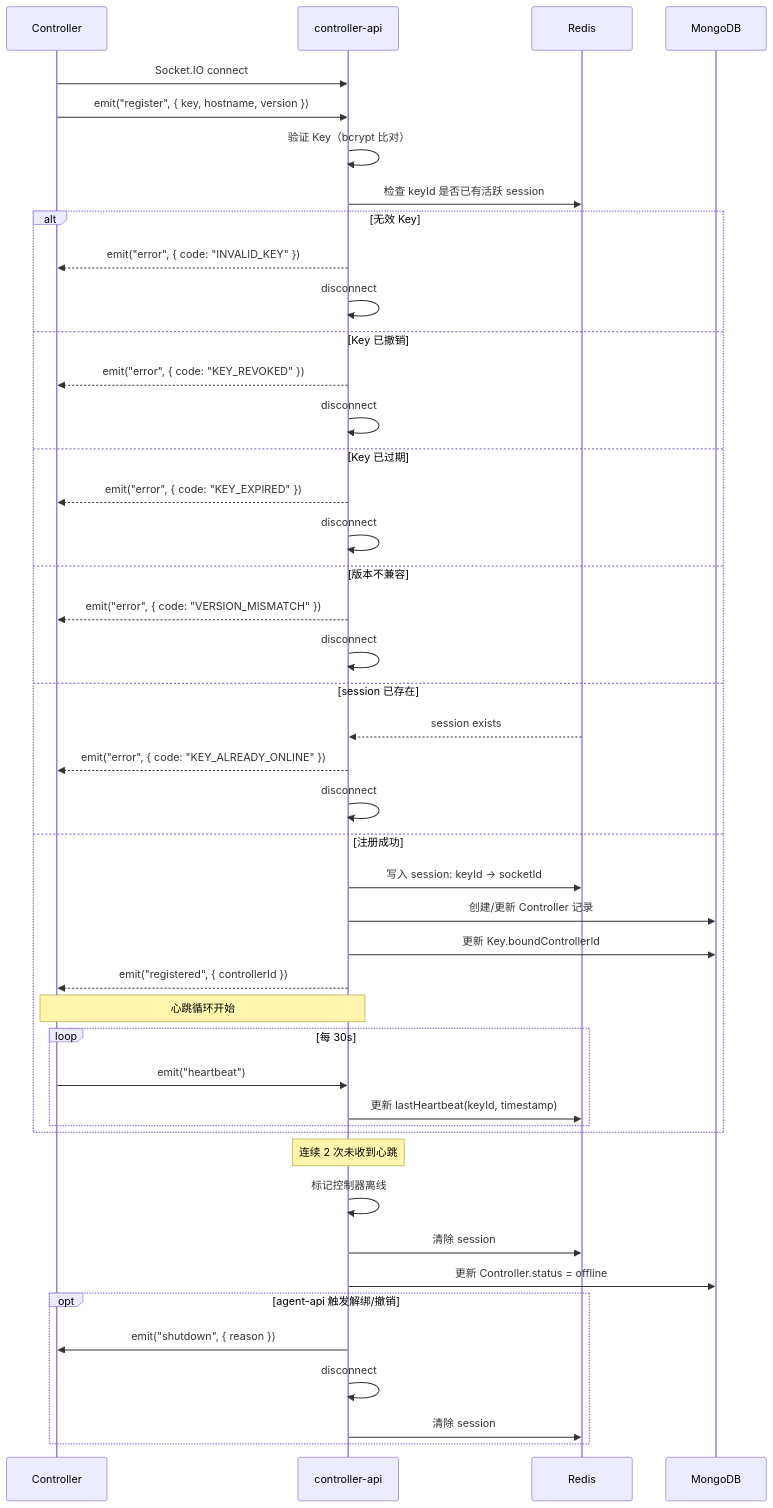
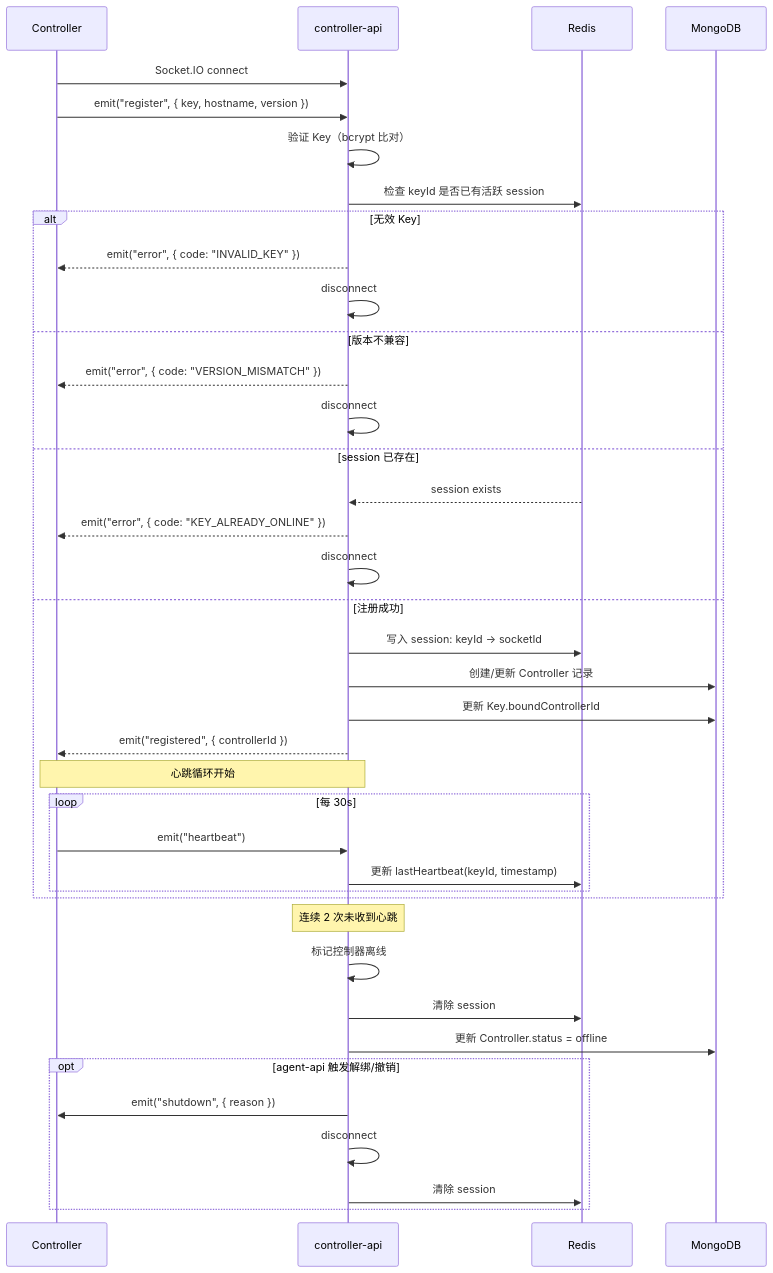
The third of 8 diagrams in docs/engineering/proposals/20260517-proposal-agent-controller-v1.md (Deliay/z-agent-gear), drawn with Mermaid before and after one commit. The commit also changed other lines of this file and 3 other files, not shown here.

````diff
--- a/docs/engineering/proposals/20260517-proposal-agent-controller-v1.md
+++ b/docs/engineering/proposals/20260517-proposal-agent-controller-v1.md
@@ -254,50 +251,44 @@
 ```mermaid
 sequenceDiagram
     participant C as Controller
     participant S as controller-api
     participant R as Redis
     participant D as MongoDB
 
     C->>S: Socket.IO connect
     C->>S: emit("register", { key, hostname, version })
     S->>S: 验证 Key（bcrypt 比对）
     S->>R: 检查 keyId 是否已有活跃 session
     alt 无效 Key
         S-->>C: emit("error", { code: "INVALID_KEY" })
-        S->>S: disconnect
-    else Key 已撤销
-        S-->>C: emit("error", { code: "KEY_REVOKED" })
-        S->>S: disconnect
-    else Key 已过期
-        S-->>C: emit("error", { code: "KEY_EXPIRED" })
         S->>S: disconnect
     else 版本不兼容
         S-->>C: emit("error", { code: "VERSION_MISMATCH" })
         S->>S: disconnect
     else session 已存在
         R-->>S: session exists
         S-->>C: emit("error", { code: "KEY_ALREADY_ONLINE" })
         S->>S: disconnect
     else 注册成功
         S->>R: 写入 session: keyId -> socketId
         S->>D: 创建/更新 Controller 记录
         S->>D: 更新 Key.boundControllerId
         S-->>C: emit("registered", { controllerId })
         Note over C,S: 心跳循环开始
         loop 每 30s
             C->>S: emit("heartbeat")
             S->>R: 更新 lastHeartbeat(keyId, timestamp)
         end
     end
 
     Note over S: 连续 2 次未收到心跳
     S->>S: 标记控制器离线
     S->>R: 清除 session
     S->>D: 更新 Controller.status = offline
 
     opt agent-api 触发解绑/撤销
         S->>C: emit("shutdown", { reason })
         S->>S: disconnect
         S->>R: 清除 session
     end
 ```
````
